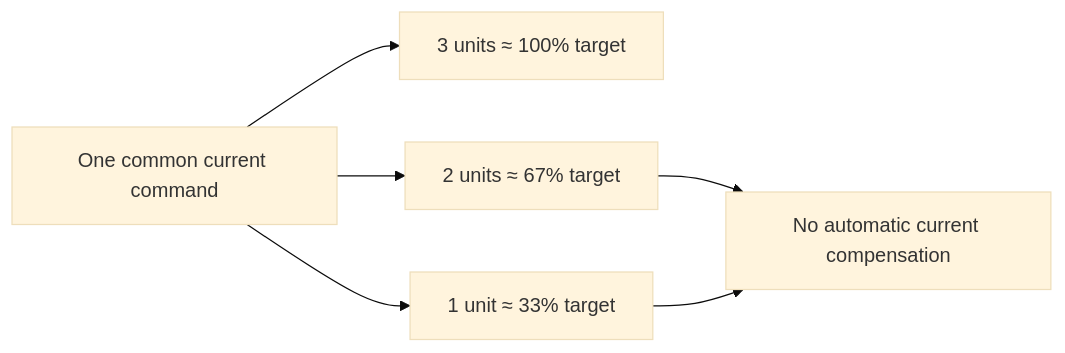
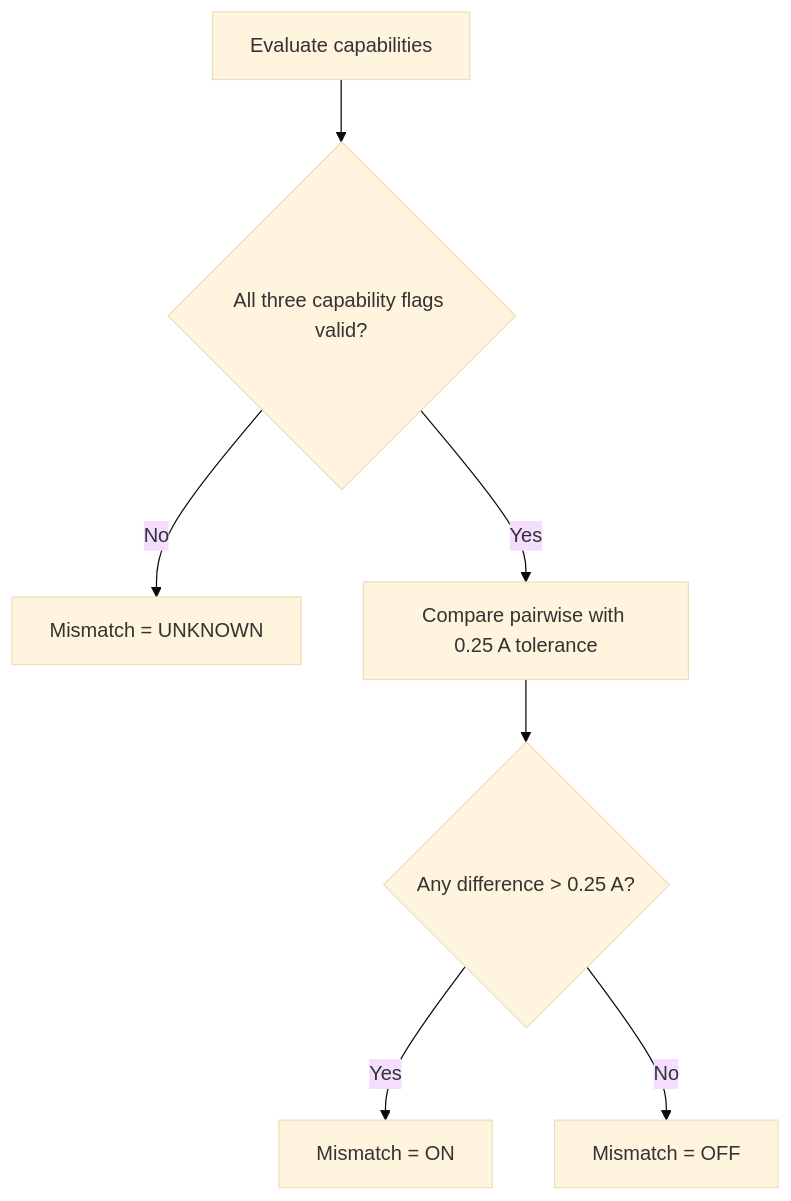
Before and after one commit to anwa/esphome-r4875g1-3phase-charger: diagram 12 of 26 in R4875G1_CONTROL_FLOWS.md, drawn with Mermaid (base theme). The commit also changed other lines of this file and 1 other file, not shown here.

````diff
--- a/R4875G1_CONTROL_FLOWS.md
+++ b/R4875G1_CONTROL_FLOWS.md
@@ -204,8 +435,9 @@
 ```mermaid
-flowchart LR
-    A[One common current command] --> B[3 units ≈ 100% target]
-    A --> C[2 units ≈ 67% target]
-    A --> D[1 unit ≈ 33% target]
-    C --> E[No automatic current compensation]
-    D --> E
+flowchart TD
+    A[Evaluate capabilities] --> B{All three capability flags valid?}
+    B -- No --> C[Mismatch = UNKNOWN]
+    B -- Yes --> D[Compare pairwise with 0.25 A tolerance]
+    D --> E{Any difference > 0.25 A?}
+    E -- Yes --> F[Mismatch = ON]
+    E -- No --> G[Mismatch = OFF]
 ```
````
